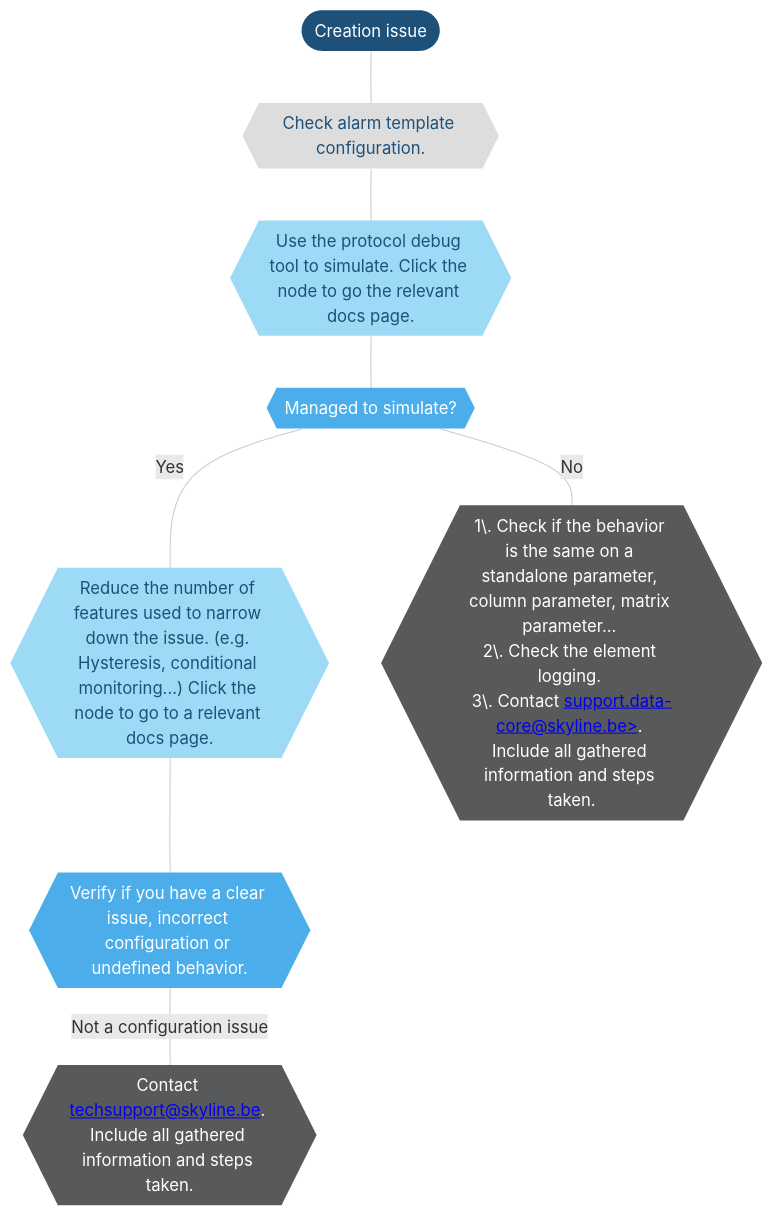
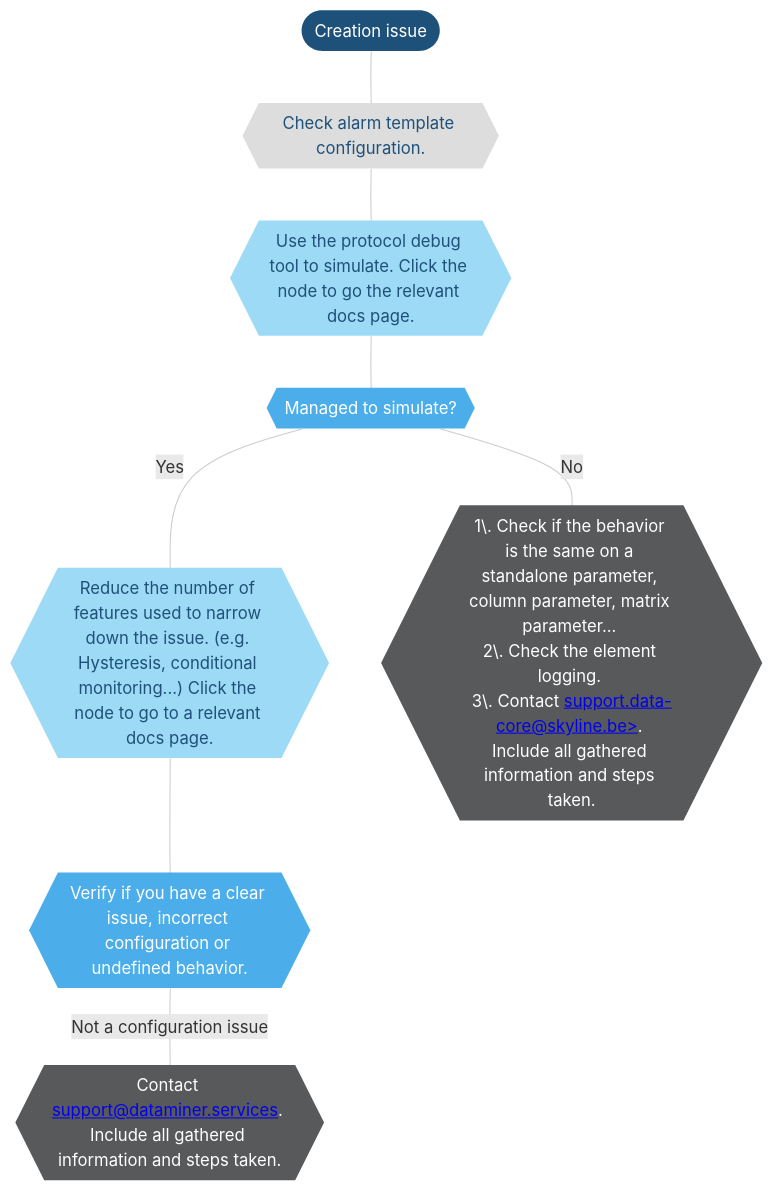
One commit to SkylineCommunications/dataminer-docs changed the third of 3 diagrams in user-guide/Troubleshooting/Troubleshooting_Flowcharts/Troubleshooting_Alarms.md. Above: the diagram before and after it, drawn with Mermaid. The commit also changed 17 other files, not shown here.

````diff
--- a/user-guide/Troubleshooting/Troubleshooting_Flowcharts/Troubleshooting_Alarms.md
+++ b/user-guide/Troubleshooting/Troubleshooting_Flowcharts/Troubleshooting_Alarms.md
@@ -99,39 +99,39 @@
 ```mermaid
 flowchart TD
 %% Define styles %%
 linkStyle default stroke:#cccccc
 classDef classTerminal fill:#1e5179,stroke:#1e5179,color:#ffffff,stroke-width:0px;
 classDef classDecision fill:#4baeea,stroke:#4baeea,color:#ffffff,stroke-width:0px;
 classDef classExternalRef fill:#9ddaf5,stroke:#9ddaf5,color:#1E5179,stroke-width:0px;
 classDef classActionClickable fill:#999999,stroke:#999999,color:#ffffff,stroke-width:0px;
 classDef classAction fill:#dddddd,stroke:#dddddd,color:#1E5179,stroke-width:0px;
 classDef classSolution fill:#58595b,stroke:#58595b,color:#ffffff,stroke-width:0px;
 %% Define blocks %%
 CreationIssue([Creation issue])
 AlarmTemplate{{"Check alarm template configuration."}}
 ProtocolDebug{{"Use the protocol debug tool to simulate. Click the node to go the relevant docs page."}}
 CanSimulate{{"Managed to simulate?"}}
 ReduceFeatures{{"Reduce the number of features used to narrow down the issue. (e.g. Hysteresis, conditional monitoring...) Click the node to go to a relevant docs page."}}
 VerifyConfiguration{{"Verify if you have a clear issue, incorrect configuration or undefined behavior."}}
-NotFixedCOPS{{"Contact <a href="mailto:techsupport@skyline.be">techsupport@skyline.be</a>. Include all gathered information and steps taken."}}
+NotFixedCOPS{{"Contact <a href="mailto:support@dataminer.services">support@dataminer.services</a>. Include all gathered information and steps taken."}}
 ExtraInfoNotFixed{{"1\. Check if the behavior is the same on a standalone parameter, column parameter, matrix parameter... <br>2\. Check the element logging. <br>3\. Contact <a href="mailto:support.data-core@skyline.be">support.data-core@skyline.be></a>. Include all gathered information and steps taken."}}
 %% Connect blocks %%
 CreationIssue --- AlarmTemplate
 AlarmTemplate --- ProtocolDebug
 ProtocolDebug --- CanSimulate
 CanSimulate --- |Yes|ReduceFeatures
 ReduceFeatures --- VerifyConfiguration
 VerifyConfiguration --- |Not a configuration issue|NotFixedCOPS
 CanSimulate --- |No|ExtraInfoNotFixed
 %% Define hyperlinks %%
 click ProtocolDebug "/user-guide/Reference/DataMiner_Tools/
 Protocol_Debug_Tools.html"
 click ReduceFeatures "/user-guide/Basic_Functionality/Protocols_and_templates/Alarm_templates/Configuring_alarm_templates/About_the_alarm_template_editor.html"
 %% Apply styles to blocks %%
 class CreationIssue classTerminal;
 class AlarmConsole,Surveyor,Apps,Trending,ProtocolDebug,ReduceFeatures classExternalRef;
 %%class classActionClickable;
 class AlarmTemplate classAction;
 class DataPresent,CanSimulate,VerifyConfiguration classDecision;
 class ExtraInfoNotFixed,NotFixedCOPS classSolution;
 ```
````
